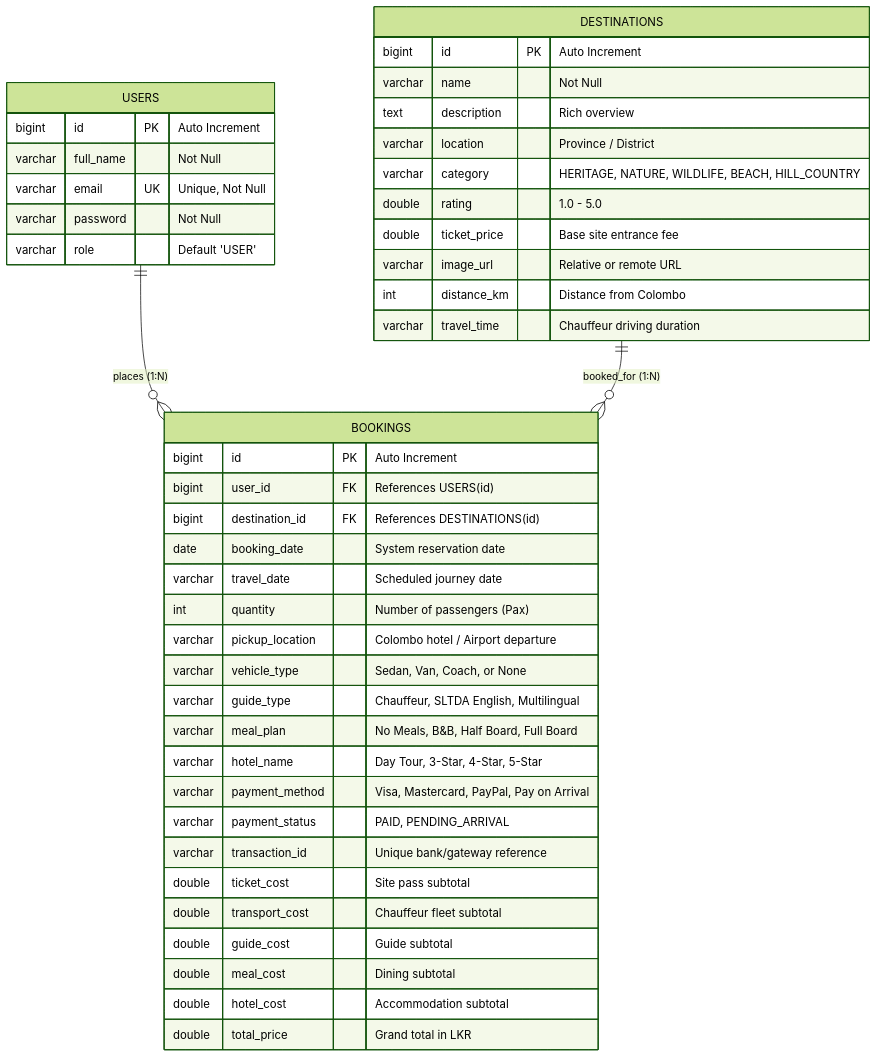
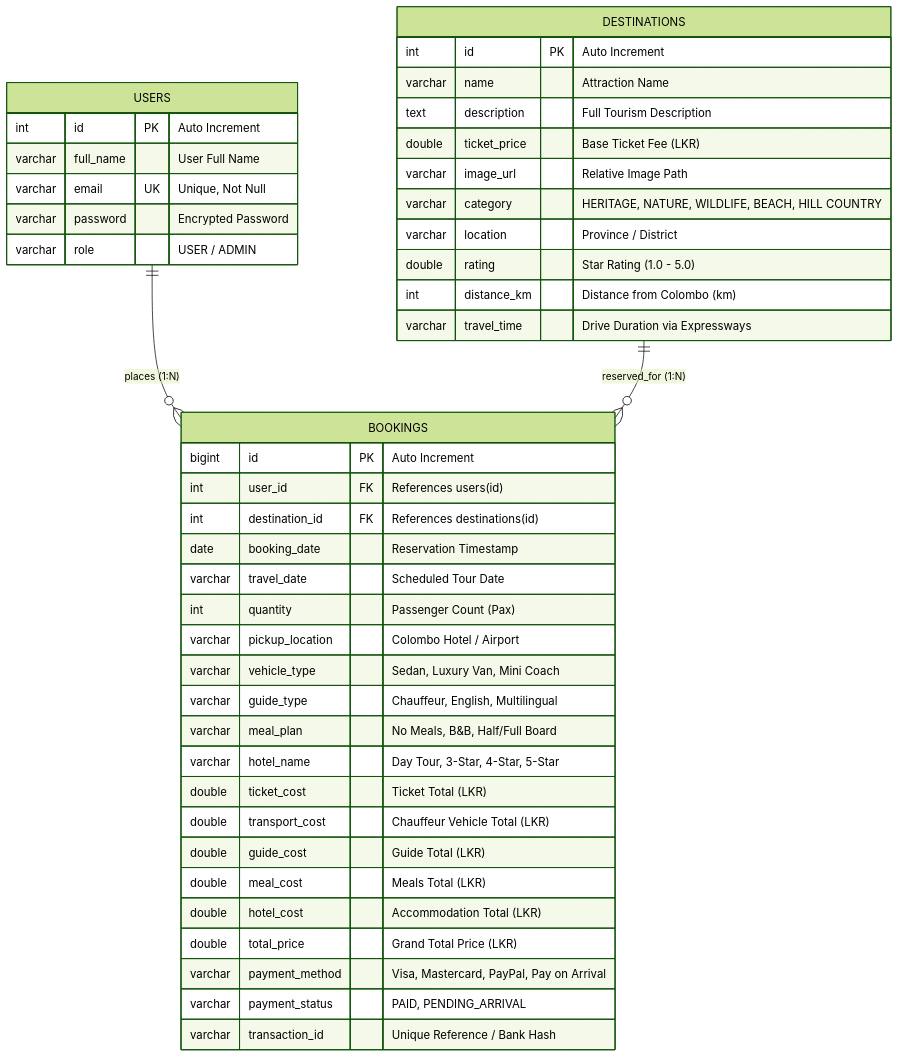
The diagram in README.md (ishanichathurika298-byte/LankaScape-Tourism-Project), drawn with Mermaid (forest theme) before and after one commit. The commit also changed other lines of this file and 10 other files, not shown here.

Commit message:
Redesign README.md to match official EE4207 project report with high-res screenshots, clean ERD and remove rubric marks scheme

````diff
--- a/README.md
+++ b/README.md
@@ -56,49 +96,49 @@
 ```mermaid
 erDiagram
     USERS ||--o{ BOOKINGS : "places (1:N)"
-    DESTINATIONS ||--o{ BOOKINGS : "booked_for (1:N)"
+    DESTINATIONS ||--o{ BOOKINGS : "reserved_for (1:N)"
 
     USERS {
-        bigint id PK "Auto Increment"
-        varchar full_name "Not Null"
+        int id PK "Auto Increment"
+        varchar full_name "User Full Name"
         varchar email UK "Unique, Not Null"
-        varchar password "Not Null"
-        varchar role "Default 'USER'"
+        varchar password "Encrypted Password"
+        varchar role "USER / ADMIN"
     }
 
     DESTINATIONS {
-        bigint id PK "Auto Increment"
-        varchar name "Not Null"
-        text description "Rich overview"
+        int id PK "Auto Increment"
+        varchar name "Attraction Name"
+        text description "Full Tourism Description"
+        double ticket_price "Base Ticket Fee (LKR)"
+        varchar image_url "Relative Image Path"
+        varchar category "HERITAGE, NATURE, WILDLIFE, BEACH, HILL COUNTRY"
         varchar location "Province / District"
-        varchar category "HERITAGE, NATURE, WILDLIFE, BEACH, HILL_COUNTRY"
-        double rating "1.0 - 5.0"
-        double ticket_price "Base site entrance fee"
-        varchar image_url "Relative or remote URL"
-        int distance_km "Distance from Colombo"
-        varchar travel_time "Chauffeur driving duration"
+        double rating "Star Rating (1.0 - 5.0)"
+        int distance_km "Distance from Colombo (km)"
+        varchar travel_time "Drive Duration via Expressways"
     }
 
     BOOKINGS {
         bigint id PK "Auto Increment"
-        bigint user_id FK "References USERS(id)"
-        bigint destination_id FK "References DESTINATIONS(id)"
-        date booking_date "System reservation date"
-        varchar travel_date "Scheduled journey date"
-        int quantity "Number of passengers (Pax)"
-        varchar pickup_location "Colombo hotel / Airport departure"
-        varchar vehicle_type "Sedan, Van, Coach, or None"
-        varchar guide_type "Chauffeur, SLTDA English, Multilingual"
-        varchar meal_plan "No Meals, B&B, Half Board, Full Board"
+        int user_id FK "References users(id)"
+        int destination_id FK "References destinations(id)"
+        date booking_date "Reservation Timestamp"
+        varchar travel_date "Scheduled Tour Date"
+        int quantity "Passenger Count (Pax)"
+        varchar pickup_location "Colombo Hotel / Airport"
+        varchar vehicle_type "Sedan, Luxury Van, Mini Coach"
+        varchar guide_type "Chauffeur, English, Multilingual"
+        varchar meal_plan "No Meals, B&B, Half/Full Board"
         varchar hotel_name "Day Tour, 3-Star, 4-Star, 5-Star"
+        double ticket_cost "Ticket Total (LKR)"
+        double transport_cost "Chauffeur Vehicle Total (LKR)"
+        double guide_cost "Guide Total (LKR)"
+        double meal_cost "Meals Total (LKR)"
+        double hotel_cost "Accommodation Total (LKR)"
+        double total_price "Grand Total Price (LKR)"
         varchar payment_method "Visa, Mastercard, PayPal, Pay on Arrival"
         varchar payment_status "PAID, PENDING_ARRIVAL"
-        varchar transaction_id "Unique bank/gateway reference"
-        double ticket_cost "Site pass subtotal"
-        double transport_cost "Chauffeur fleet subtotal"
-        double guide_cost "Guide subtotal"
-        double meal_cost "Dining subtotal"
-        double hotel_cost "Accommodation subtotal"
-        double total_price "Grand total in LKR"
+        varchar transaction_id "Unique Reference / Bank Hash"
     }
 ```
````
